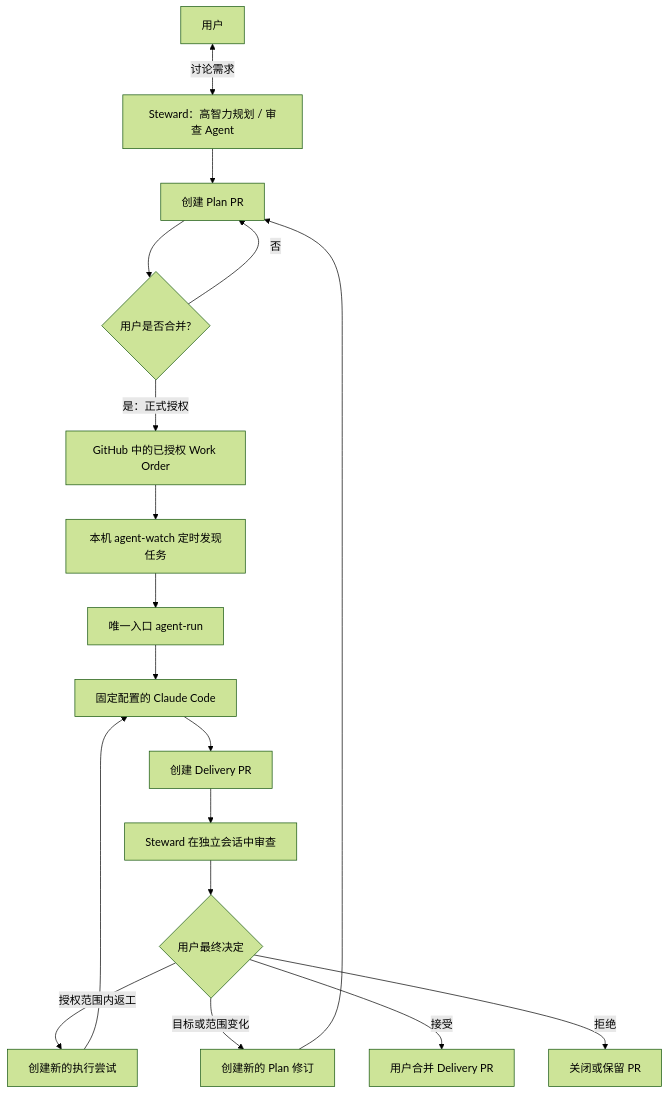
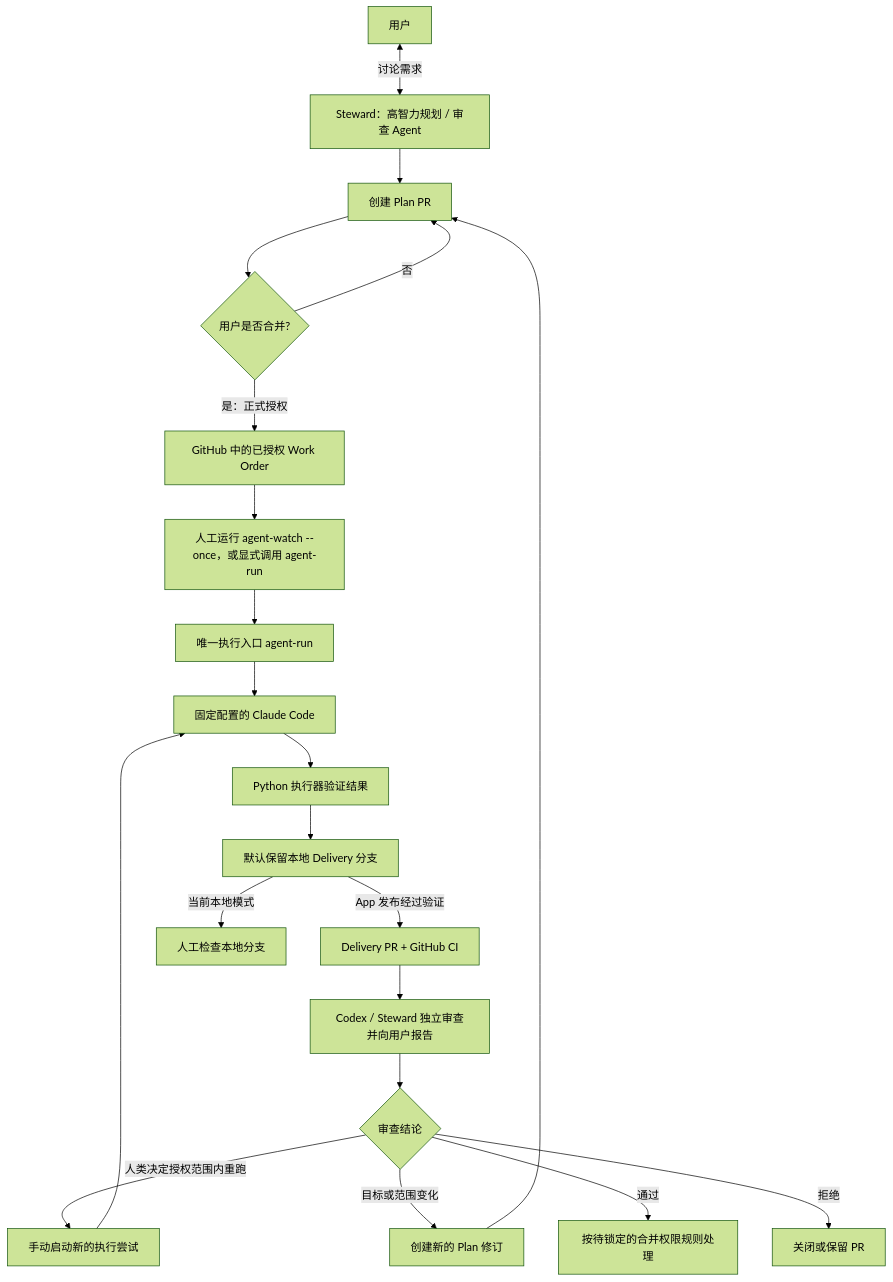
One commit to BH2-4/agent-delivery-loop changed the diagram in README.md. Above: the diagram before and after it, drawn with Mermaid (forest theme). The commit also changed other lines of this file and 24 other files, not shown here.

Commit message:
feat: add manual-first agent delivery loop

````diff
--- a/README.md
+++ b/README.md
@@ -64,20 +89,23 @@
 ```mermaid
 flowchart TD
     U[用户] <-->|讨论需求| S[Steward：高智力规划 / 审查 Agent]
     S --> P[创建 Plan PR]
     P --> A{用户是否合并?}
     A -->|否| P
     A -->|是：正式授权| G[GitHub 中的已授权 Work Order]
-    G --> W[本机 agent-watch 定时发现任务]
-    W --> R[唯一入口 agent-run]
+    G --> W[人工运行 agent-watch --once，或显式调用 agent-run]
+    W --> R[唯一执行入口 agent-run]
     R --> C[固定配置的 Claude Code]
-    C --> D[创建 Delivery PR]
-    D --> V[Steward 在独立会话中审查]
-    V --> H{用户最终决定}
-    H -->|授权范围内返工| T[创建新的执行尝试]
+    C --> E[Python 执行器验证结果]
+    E --> D[默认保留本地 Delivery 分支]
+    D -->|App 发布经过验证| Q[Delivery PR + GitHub CI]
+    D -->|当前本地模式| L[人工检查本地分支]
+    Q --> V[Codex / Steward 独立审查并向用户报告]
+    V --> H{审查结论}
+    H -->|人类决定授权范围内重跑| T[手动启动新的执行尝试]
     T --> C
     H -->|目标或范围变化| P2[创建新的 Plan 修订]
     P2 --> P
-    H -->|接受| M[用户合并 Delivery PR]
+    H -->|通过| M[按待锁定的合并权限规则处理]
     H -->|拒绝| X[关闭或保留 PR]
 ```
````
